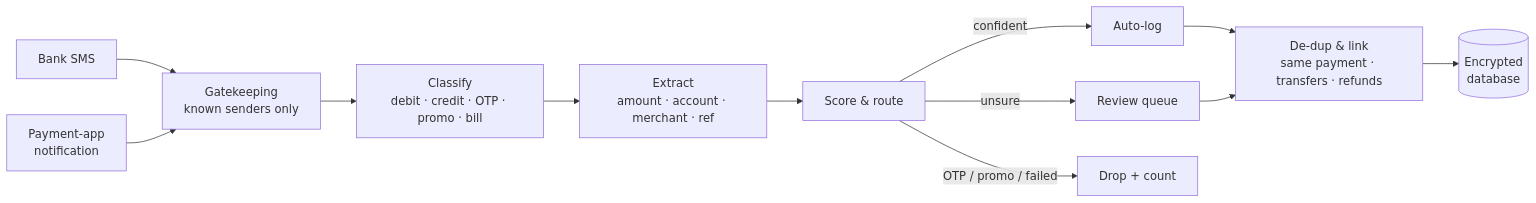
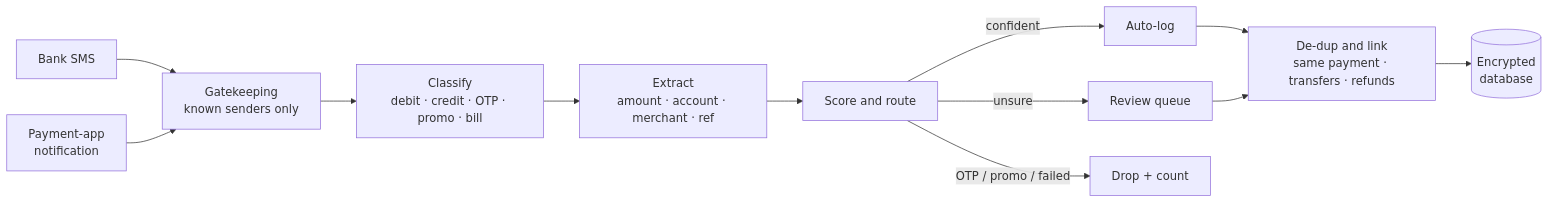
The diagram in README.md (sreesayanth/impeesa-kosh), drawn with Mermaid before and after one commit.

Commit message:
Docs: plain text labels in the README pipeline diagram

````diff
--- a/README.md
+++ b/README.md
@@ -127,14 +127,14 @@
 ```mermaid
 flowchart LR
     A[Bank SMS] --> G
     B[Payment-app<br/>notification] --> G
     G[Gatekeeping<br/>known senders only] --> C[Classify<br/>debit · credit · OTP · promo · bill]
     C --> E[Extract<br/>amount · account · merchant · ref]
-    E --> S[Score &amp; route]
+    E --> S[Score and route]
     S -->|confident| L[Auto-log]
     S -->|unsure| R[Review queue]
     S -->|OTP / promo / failed| D[Drop + count]
-    L --> M[De-dup &amp; link<br/>same payment · transfers · refunds]
+    L --> M[De-dup and link<br/>same payment · transfers · refunds]
     R --> M
     M --> DB[(Encrypted<br/>database)]
 ```
````
